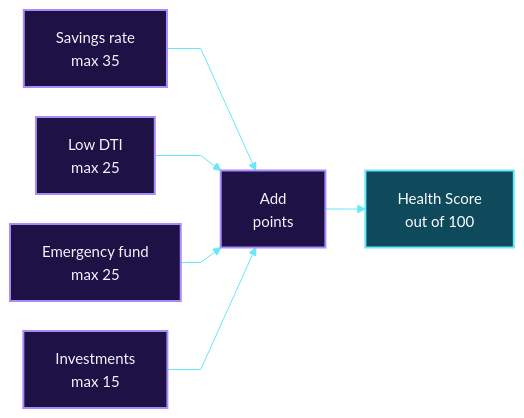
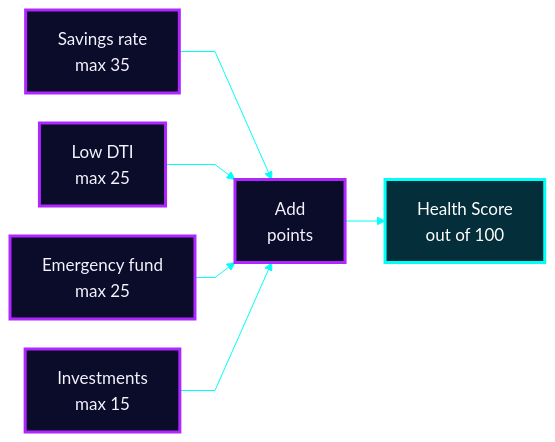
One commit to Mansi232323/MANSHORA changed the tenth of 17 diagrams in README.md. Above: the diagram before and after it, drawn with Mermaid. The commit also changed other lines of this file, not shown here.

````diff
--- a/README.md
+++ b/README.md
@@ -344,13 +387,13 @@
 ```mermaid
-%%{init: {'theme':'base','themeVariables':{'fontSize':'15px','fontFamily':'Arial, Helvetica, sans-serif','primaryColor':'#1e1145','primaryTextColor':'#f5f3ff','primaryBorderColor':'#a78bfa','lineColor':'#67e8f9','textColor':'#f5f3ff','edgeLabelBackground':'#1e1145'},'flowchart':{'htmlLabels':true,'nodeSpacing':30,'rankSpacing':40,'padding':16,'curve':'linear'}}}%%
+%%{init: {'theme':'base','themeVariables':{'fontSize':'17px','fontFamily':'Arial, Helvetica, sans-serif','primaryColor':'#0b0b2a','primaryTextColor':'#f5f3ff','primaryBorderColor':'#b026ff','lineColor':'#00fff7','textColor':'#f5f3ff','edgeLabelBackground':'#0b0b2a'},'flowchart':{'htmlLabels':true,'nodeSpacing':30,'rankSpacing':40,'padding':16,'curve':'linear'}}}%%
 flowchart LR
     SR["Savings rate<br/>max 35"] --> SUM["Add<br/>points"]
     DT["Low DTI<br/>max 25"] --> SUM
     EF["Emergency fund<br/>max 25"] --> SUM
     IV["Investments<br/>max 15"] --> SUM
     SUM --> SC["Health Score<br/>out of 100"]
-    classDef a fill:#1e1145,stroke:#a78bfa,stroke-width:2px,color:#f5f3ff
-    classDef o fill:#0e4a5c,stroke:#67e8f9,stroke-width:2px,color:#ffffff
+    classDef a fill:#0b0b2a,stroke:#b026ff,stroke-width:3px,color:#f5f3ff
+    classDef o fill:#042f3a,stroke:#00fff7,stroke-width:3px,color:#ffffff
     class SR,DT,EF,IV,SUM a
     class SC o
 ```
````
